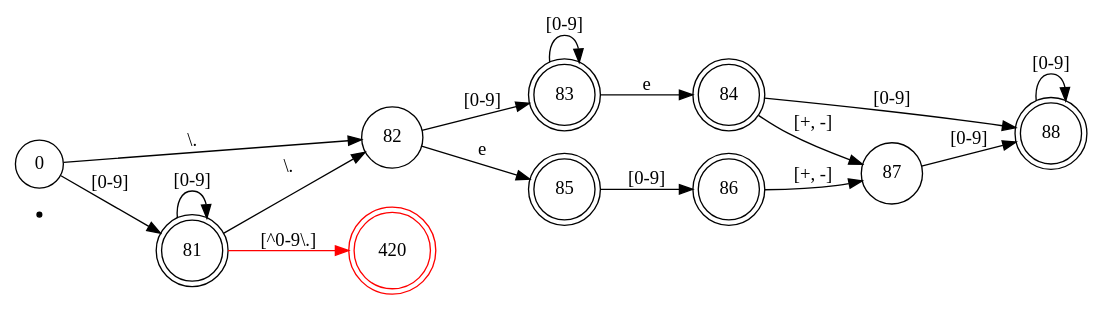
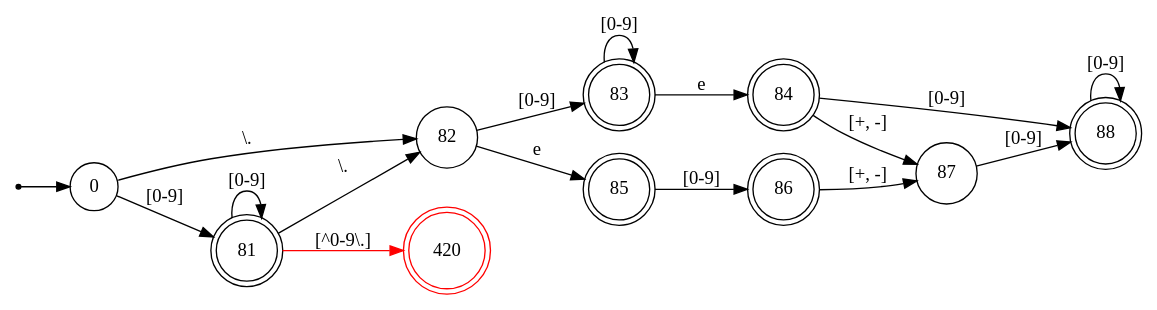
The diagram in src/lexer/idk/vc_dfa_float.dot (ichxorya/pvccoon), drawn with Graphviz before and after one commit. The commit also changed 1 other file, not shown here.

```diff
--- a/src/lexer/idk/vc_dfa_float.dot
+++ b/src/lexer/idk/vc_dfa_float.dot
@@ -1,80 +1,82 @@
 digraph vc_dfa_float {
   /**
    * Graph layout: Left to right.
    */
   rankdir = LR;
   
   /**
    * States.
    */
   // Start state.
   node [shape = point;];
   start;
   node [shape = circle;];
   state_start [label = "0";];
   state_float_literal_intdotintstar [label = "82";];
   // minus plus
   state_float_e_plus_minus [label = "87";];
   // .e
   
+  start -> state_start;
+
   // Accepting states.
   node [shape = doublecircle;];
   subgraph {
     // Special characters.
     // state_dot [label = "62";];
     
     // Literals.
     // int type
     state_int_literal [label = "81";];
     // .1(23456..) type and 123(...).456(...) type
     state_float_literal [label = "83";];
     /**
      * .1(23456..)e type 
      * 1(23...).4(56...)e type
      */
     state_float_literal_e [label = "84";];
     /**
      * .1(23456..)e [+,-] 1(23456...) type
      * 123(...).456(...)e [+,-] 123456(...) type
      * .1(23456..)e1(23456...) type
      * 1(23...).4(56...) type
      * .e1(23...) [+,-] 4(56...) type
      */
     state_float_literal_1 [label = "88";];
     
     /**
      * .e type type
      * 1(23...).e type
      */
     state_float_e_1 [label = "85";];
     /**
      * .e1(23456...) type 
      * 1(23456....).e1(23456...) type
      */
     state_float_literal_2 [label = "86";];
   }
   
   // Error state.
   node [shape = doublecircle; color = red;];
   state_error [label = "420";];
   
   // Int Literals.
   state_start -> state_int_literal [label = "[0-9]";];
   state_int_literal -> state_int_literal [label = "[0-9]";];
   state_int_literal -> state_error [label = "[^0-9\\.]"; color = "red";];
   
   // Float Literals. TODO
   
   state_int_literal -> state_float_literal_intdotintstar [label = "\\.";];
   state_float_literal_intdotintstar -> state_float_literal [label = "[0-9]";];
   state_start -> state_float_literal_intdotintstar [label = "\\.";];
   state_float_literal_intdotintstar -> state_float_e_1 [label = "e";];
   state_float_e_1 -> state_float_literal_2 [label = "[0-9]";];
   state_float_literal_2 -> state_float_e_plus_minus [label = "[+, -]";];
   state_float_literal -> state_float_literal [label = "[0-9]";];
   state_float_literal -> state_float_literal_e [label = "e";];
   state_float_literal_e -> state_float_e_plus_minus [label = "[+, -]";];
   state_float_literal_e -> state_float_literal_1 [label = "[0-9]";];
   state_float_literal_1 -> state_float_literal_1 [label = "[0-9]";];
   state_float_e_plus_minus -> state_float_literal_1 [label = "[0-9]";];
 }
```
